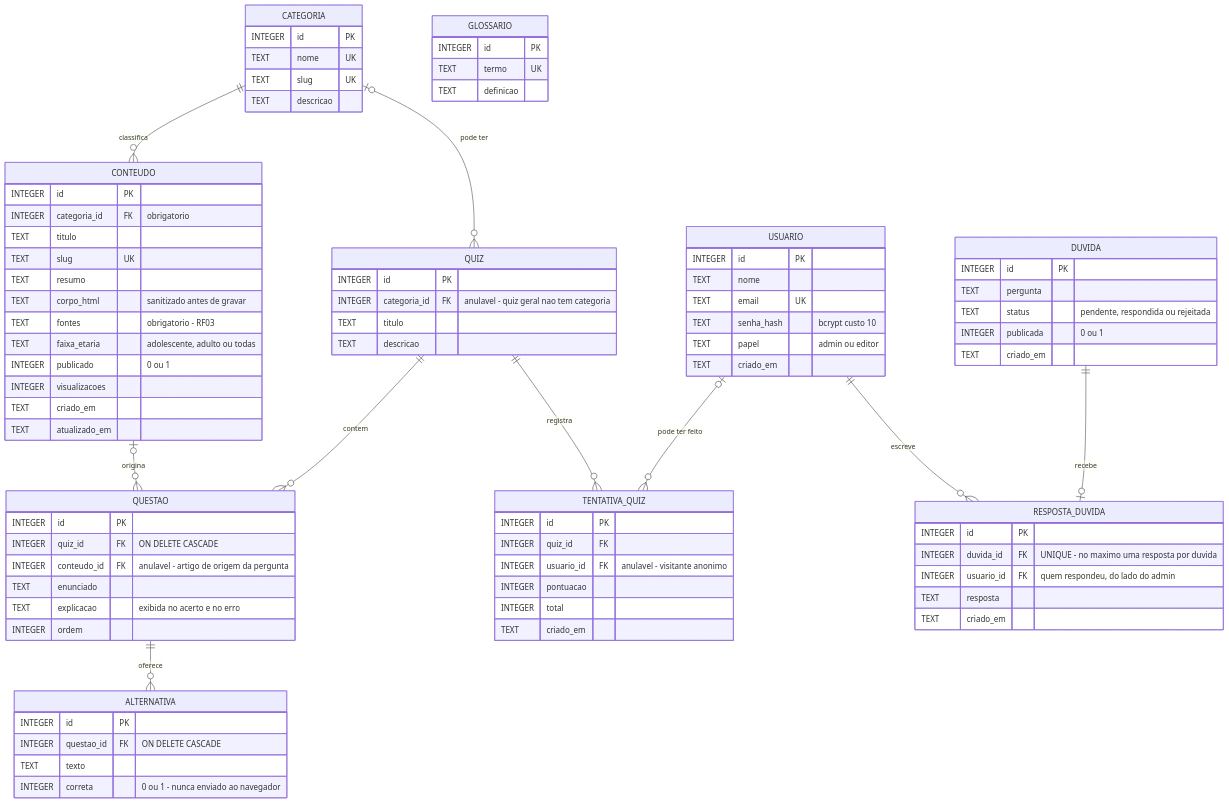
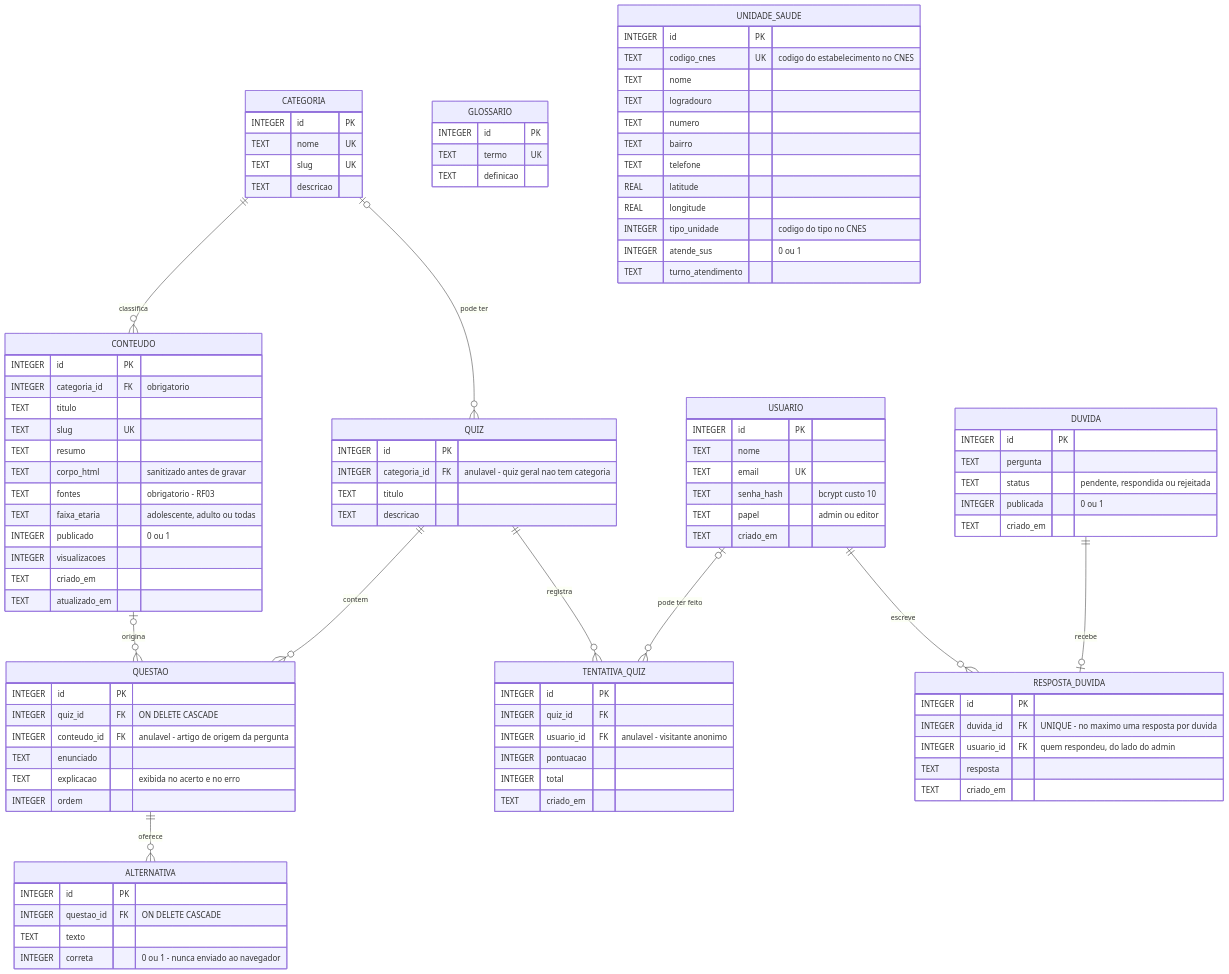
The diagram in docs/der.md (figueiredxx/vida-cuidaa), drawn with Mermaid before and after one commit. The commit also changed other lines of this file and 11 other files, not shown here.

First line of the commit message:
feat: extracao e carga das unidades de saude do CNES

````diff
--- a/docs/der.md
+++ b/docs/der.md
@@ -111,4 +111,19 @@
         TEXT termo UK
         TEXT definicao
     }
+
+    UNIDADE_SAUDE {
+        INTEGER id PK
+        TEXT codigo_cnes UK "codigo do estabelecimento no CNES"
+        TEXT nome
+        TEXT logradouro
+        TEXT numero
+        TEXT bairro
+        TEXT telefone
+        REAL latitude
+        REAL longitude
+        INTEGER tipo_unidade "codigo do tipo no CNES"
+        INTEGER atende_sus "0 ou 1"
+        TEXT turno_atendimento
+    }
 ```
````
